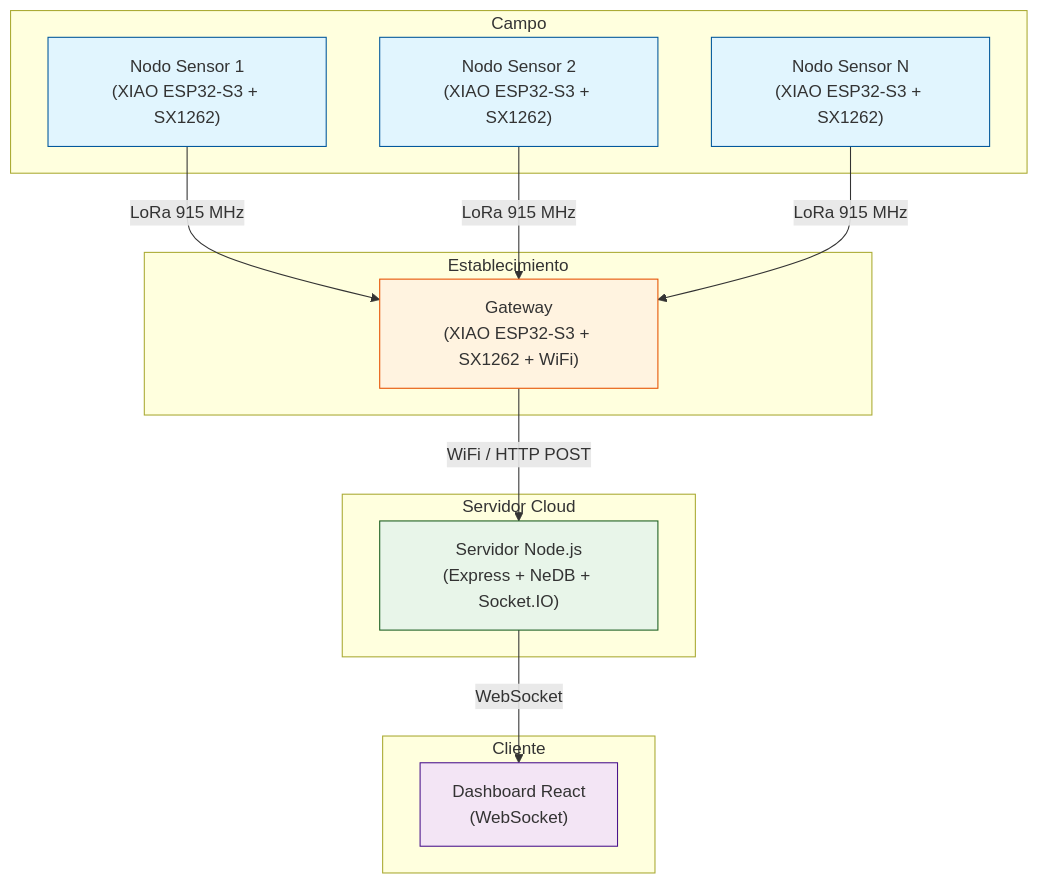
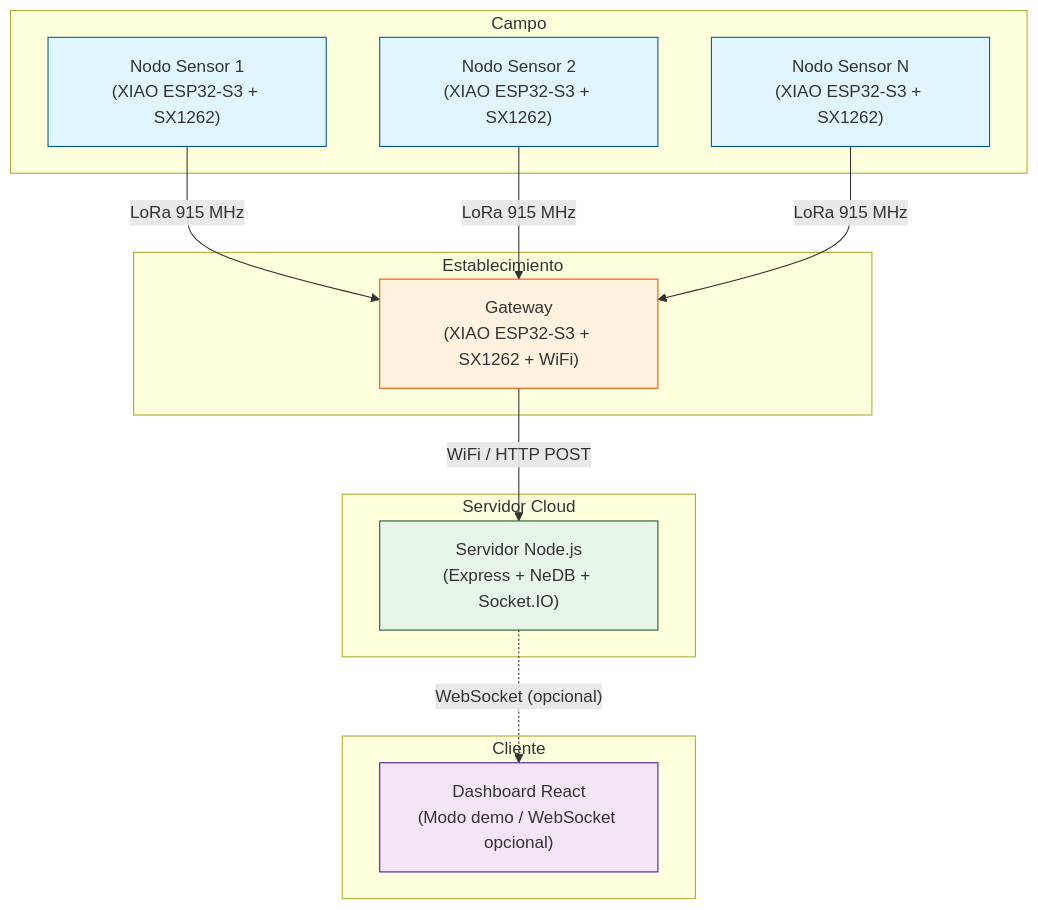
Before and after one commit to pinto0528/alpa: the first of 5 diagrams in Documentacion/Solucion_propuesta/Diagramas/diagramas.md, drawn with Mermaid. The commit also changed other lines of this file and 9 other files, not shown here.

````diff
--- a/Documentacion/Solucion_propuesta/Diagramas/diagramas.md
+++ b/Documentacion/Solucion_propuesta/Diagramas/diagramas.md
@@ -27,35 +27,35 @@
 ```mermaid
 graph TD
     subgraph "Campo"
         NS1["Nodo Sensor 1<br/>(XIAO ESP32-S3 + SX1262)"]
         NS2["Nodo Sensor 2<br/>(XIAO ESP32-S3 + SX1262)"]
         NS3["Nodo Sensor N<br/>(XIAO ESP32-S3 + SX1262)"]
     end
 
     subgraph "Establecimiento"
         GW["Gateway<br/>(XIAO ESP32-S3 + SX1262 + WiFi)"]
     end
 
     subgraph "Servidor Cloud"
         S["Servidor Node.js<br/>(Express + NeDB + Socket.IO)"]
     end
 
     subgraph "Cliente"
-        D["Dashboard React<br/>(WebSocket)"]
+        D["Dashboard React<br/>(Modo demo / WebSocket opcional)"]
     end
 
     NS1 -->|"LoRa 915 MHz"| GW
     NS2 -->|"LoRa 915 MHz"| GW
     NS3 -->|"LoRa 915 MHz"| GW
     GW -->|"WiFi / HTTP POST"| S
-    S -->|"WebSocket"| D
+    S -.->|"WebSocket (opcional)"| D
 
     classDef sensor fill:#e1f5fe,stroke:#01579b
     classDef gateway fill:#fff3e0,stroke:#e65100
     classDef server fill:#e8f5e9,stroke:#1b5e20
     classDef client fill:#f3e5f5,stroke:#4a148c
     class NS1,NS2,NS3 sensor
     class GW gateway
     class S server
     class D client
 ```
````
